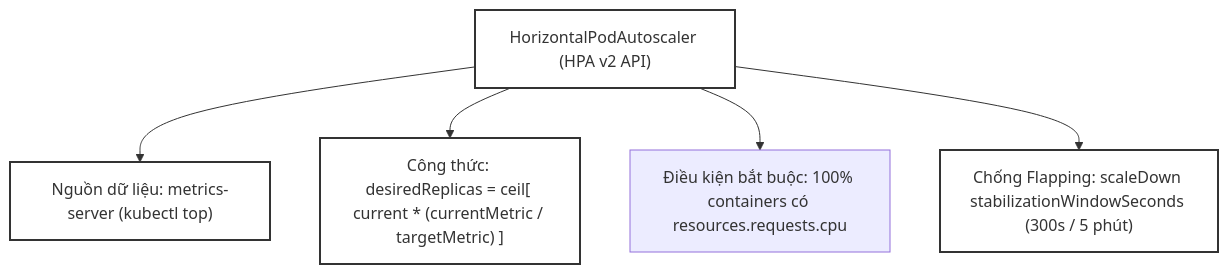
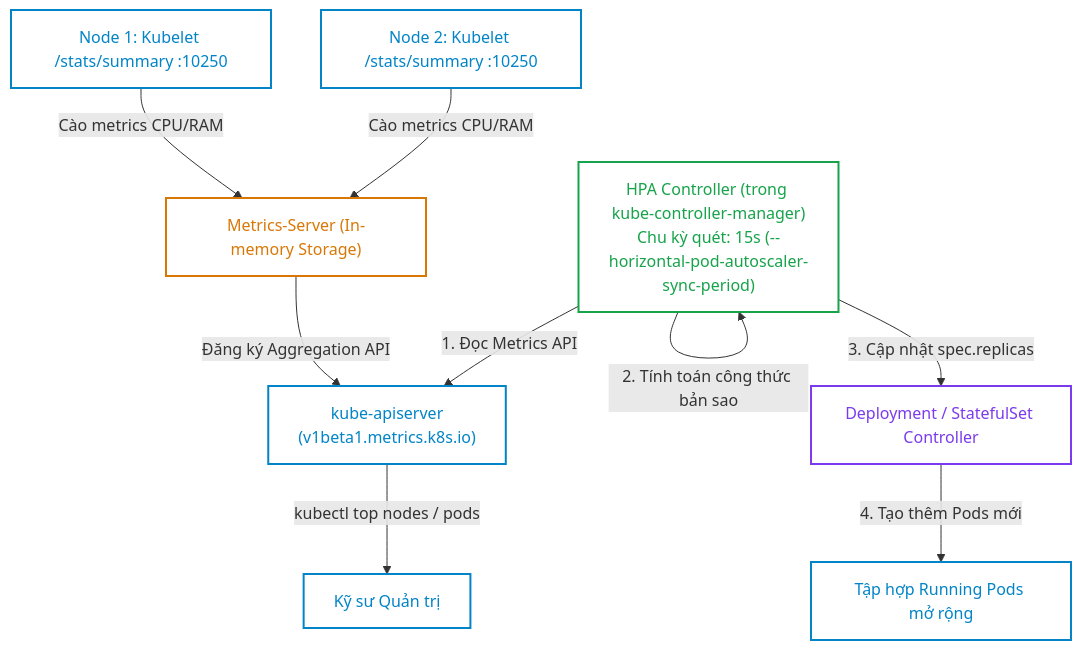
Before and after one commit to kiennt308/ntk: the first of 3 diagrams in _posts/2026-09-12-cka-19-19-autoscaling-hpa-va-cluster.md, drawn with Mermaid. The commit also changed other lines of this file and 39 other files, not shown here.

````diff
--- a/_posts/2026-09-12-cka-19-19-autoscaling-hpa-va-cluster.md
+++ b/_posts/2026-09-12-cka-19-19-autoscaling-hpa-va-cluster.md
@@ -398,12 +47,22 @@
 ```mermaid
-graph TD
-    A["HorizontalPodAutoscaler (HPA v2 API)"] --> B["Nguồn dữ liệu: metrics-server (kubectl top)"]
-    A --> C["Công thức: desiredReplicas = ceil[ current * (currentMetric / targetMetric) ]"]
-    A --> D["Điều kiện bắt buộc: 100% containers có resources.requests.cpu"]
-    A --> E["Chống Flapping: scaleDown stabilizationWindowSeconds (300s / 5 phút)"]
+flowchart TD
+    classDef node fill:none,stroke:#0284c7,stroke-width:2px,color:#0284c7;
+    classDef ms fill:none,stroke:#d97706,stroke-width:2px,color:#d97706;
+    classDef hpa fill:none,stroke:#16a34a,stroke-width:2px,color:#16a34a;
+    classDef dep fill:none,stroke:#7c3aed,stroke-width:2px,color:#7c3aed;
 
-    style A fill:none,stroke:#333,stroke-width:2px
-    style B fill:none,stroke:#333,stroke-width:2px
-    style C fill:none,stroke:#333,stroke-width:2px
-    style E fill:none,stroke:#333,stroke-width:2px
+    Kubelet1["Node 1: Kubelet /stats/summary :10250"]:::node
+    Kubelet2["Node 2: Kubelet /stats/summary :10250"]:::node
+    
+    Kubelet1 -->|Cào metrics CPU/RAM| MS["Metrics-Server (In-memory Storage)"]:::ms
+    Kubelet2 -->|Cào metrics CPU/RAM| MS
+
+    MS -->|Đăng ký Aggregation API| API["kube-apiserver<br>(v1beta1.metrics.k8s.io)"]
+    
+    API -->|kubectl top nodes / pods| Admin["Kỹ sư Quản trị"]
+    
+    HPACont["HPA Controller (trong kube-controller-manager)<br>Chu kỳ quét: 15s (--horizontal-pod-autoscaler-sync-period)"]:::hpa -->|1. Đọc Metrics API| API
+    HPACont -->|2. Tính toán công thức bản sao| HPACont
+    HPACont -->|3. Cập nhật spec.replicas| Deploy["Deployment / StatefulSet Controller"]:::dep
+    Deploy -->|4. Tạo thêm Pods mới| RunningPods["Tập hợp Running Pods mở rộng"]
 ```
````
